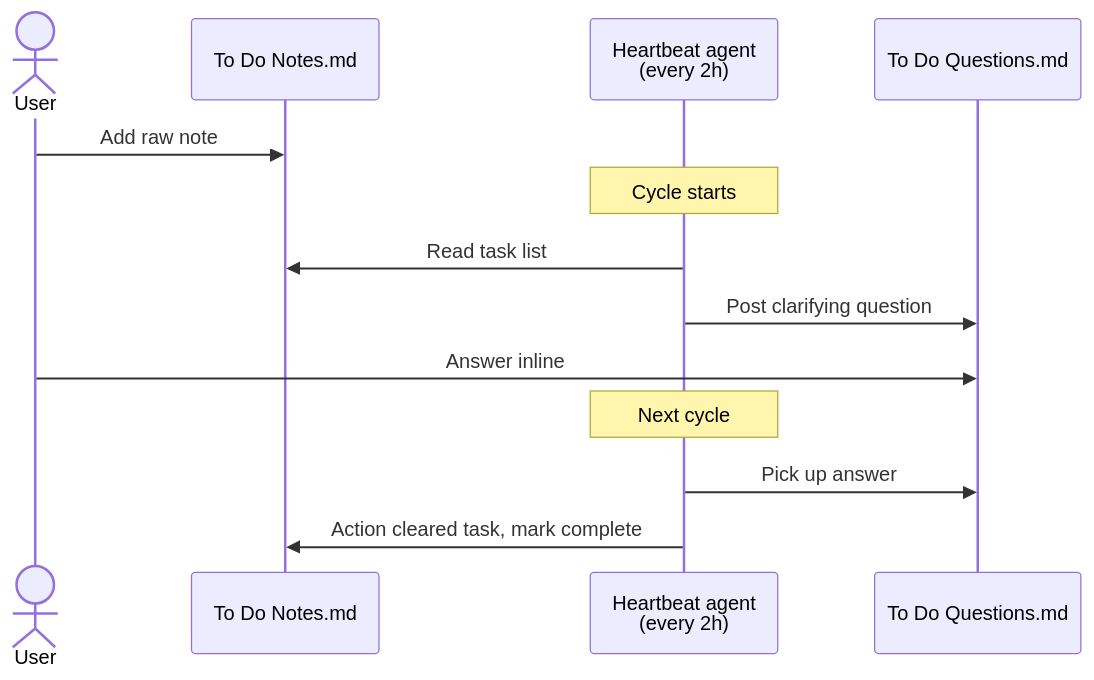
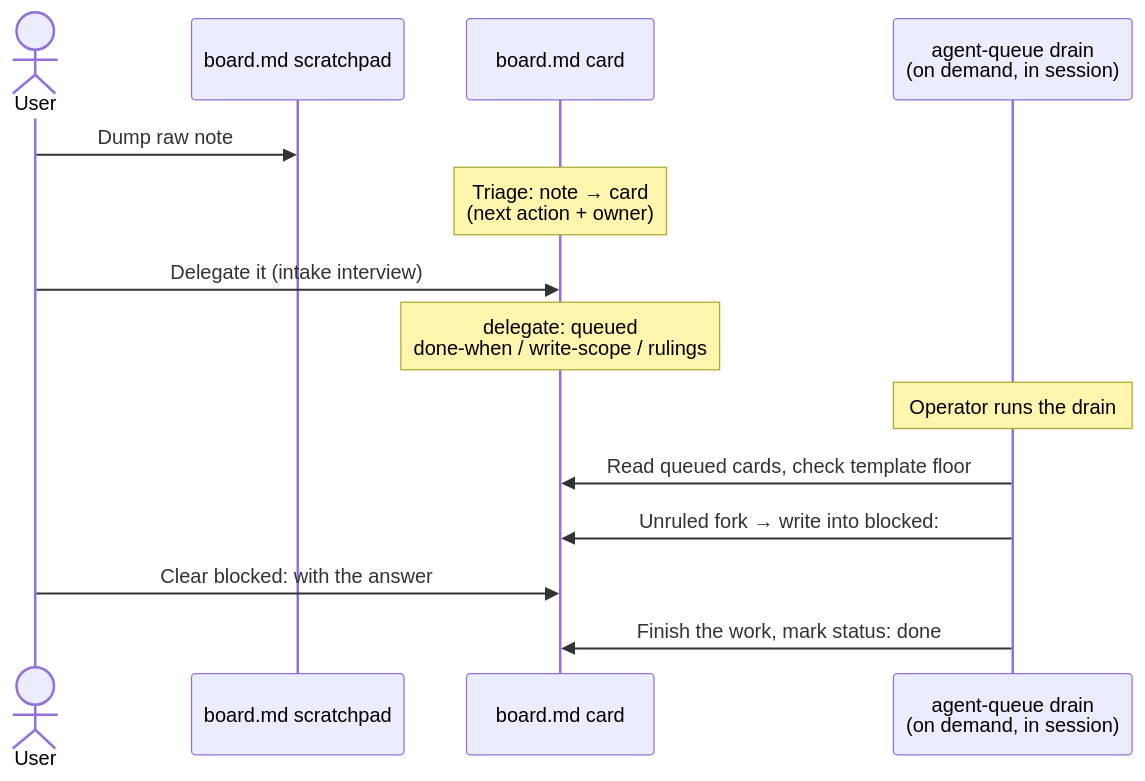
The third of 3 diagrams in META_ARCHITECTURE.md (jimy-r/agent-workspace-architecture), drawn with Mermaid before and after one commit. The commit also changed other lines of this file and 13 other files, not shown here.

First line of the commit message:
docs: Task Board module (#14), Pattern 14, and the heartbeat succession (#84)

````diff
--- a/META_ARCHITECTURE.md
+++ b/META_ARCHITECTURE.md
@@ -398,15 +405,16 @@
 ```mermaid
 sequenceDiagram
     actor User
-    participant Notes as To Do Notes.md
-    participant HB as Heartbeat agent<br/>(every 2h)
-    participant Q as To Do Questions.md
-    User->>Notes: Add raw note
-    Note over HB: Cycle starts
-    HB->>Notes: Read task list
-    HB->>Q: Post clarifying question
-    User->>Q: Answer inline
-    Note over HB: Next cycle
-    HB->>Q: Pick up answer
-    HB->>Notes: Action cleared task, mark complete
+    participant Pad as board.md scratchpad
+    participant Card as board.md card
+    participant AQ as agent-queue drain<br/>(on demand, in session)
+    User->>Pad: Dump raw note
+    Note over Card: Triage: note → card<br/>(next action + owner)
+    User->>Card: Delegate it (intake interview)
+    Note over Card: delegate: queued<br/>done-when / write-scope / rulings
+    Note over AQ: Operator runs the drain
+    AQ->>Card: Read queued cards, check template floor
+    AQ->>Card: Unruled fork → write into blocked:
+    User->>Card: Clear blocked: with the answer
+    AQ->>Card: Finish the work, mark status: done
 ```
````
